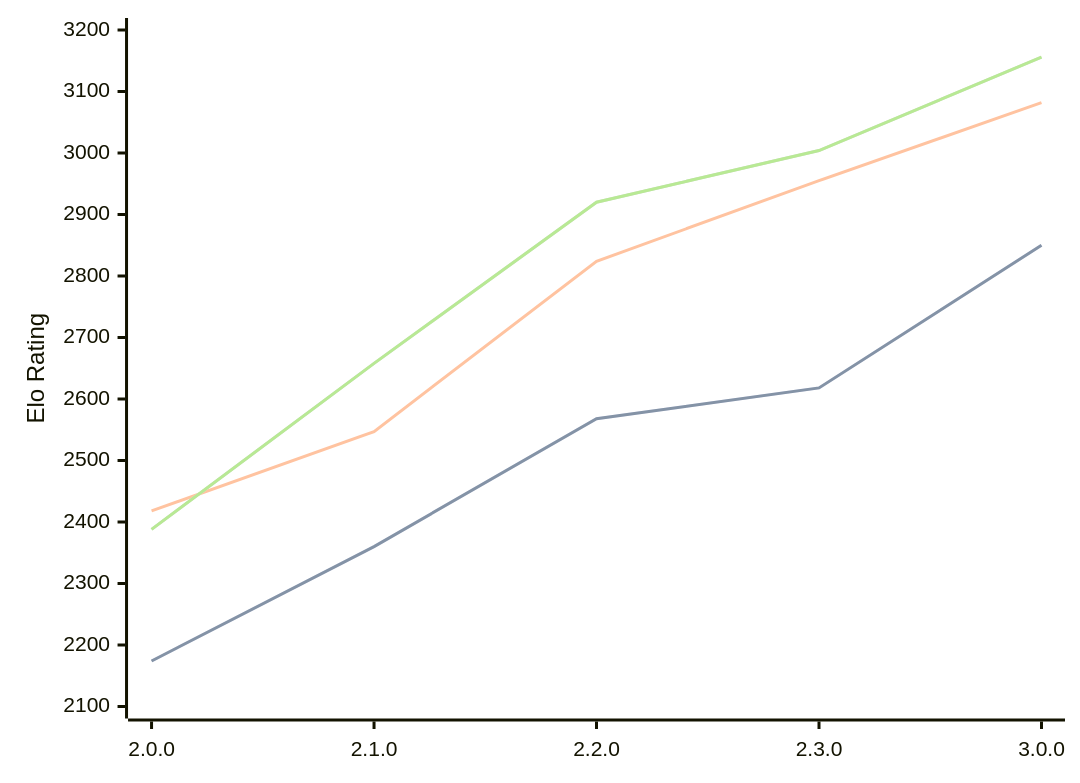
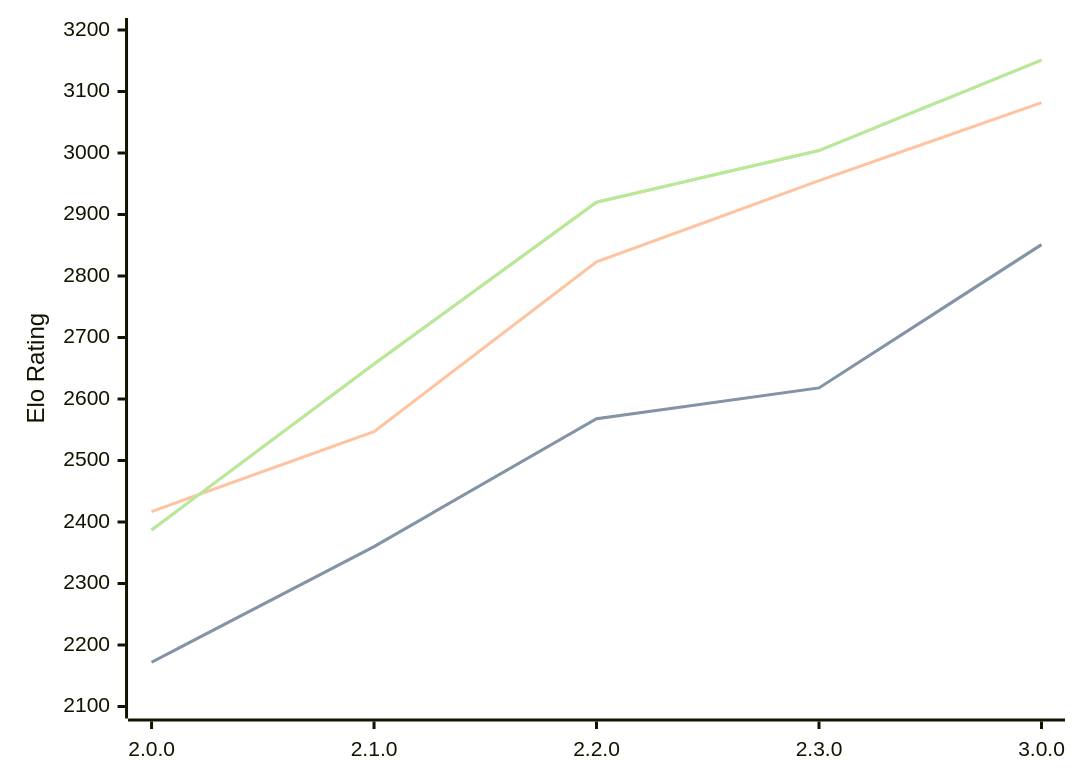
The diagram in engines/Raphael.md (computer-chess-index/cci), drawn with Mermaid before and after one commit. The commit also changed other lines of this file, not shown here.

Commit message:
Update CCI Ratings (ELO VLTC) - 2026-02-28

````diff
--- a/engines/Raphael.md
+++ b/engines/Raphael.md
@@ -45,11 +45,11 @@
 ```mermaid
 %%{init: {"theme":"base","themeVariables":{"seriesColors:['#a3a3a3','#222221','#faa371']}}}%%
 xychart-beta
   x-axis ["2.0.0", "2.1.0", "2.2.0", "2.3.0", "3.0.0"]
   y-axis "Elo Rating" 2100 --> 3200
-  line "STC (8.0+0.08s)" [2174, 2360, 2568, 2618, 2850]
-  line "STC (8.0+0.08s)" [2174, 2360, 2568, 2618, 2850]
-  line "LTC (60.0+0.60s)" [2418, 2547, 2824, 2955, 3082]
-  line "VLTC (2m24s+1.12s)" [2388, 2658, 2920, 3004, 3156]
-  line "VLTC (2m24s+1.12s)" [2388, 2658, 2920, 3004, 3156]
+  line "STC (8.0+0.08s)" [2172, 2360, 2568, 2618, 2851]
+  line "STC (8.0+0.08s)" [2172, 2360, 2568, 2618, 2851]
+  line "LTC (60.0+0.60s)" [2417, 2547, 2823, 2955, 3082]
+  line "VLTC (2m24s+1.12s)" [2387, 2657, 2920, 3004, 3151]
+  line "VLTC (2m24s+1.12s)" [2387, 2657, 2920, 3004, 3151]
 ```
````
